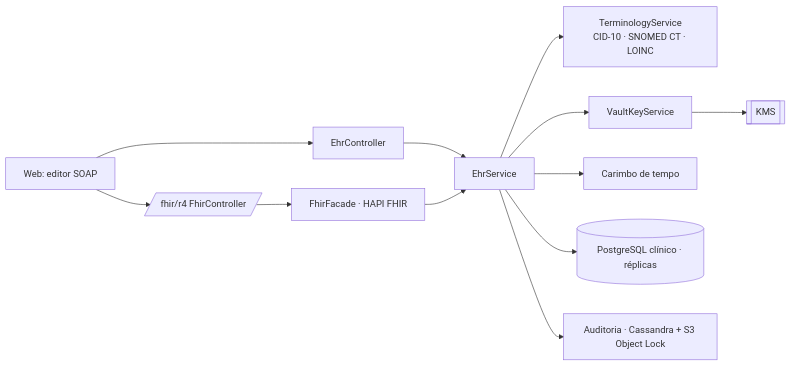
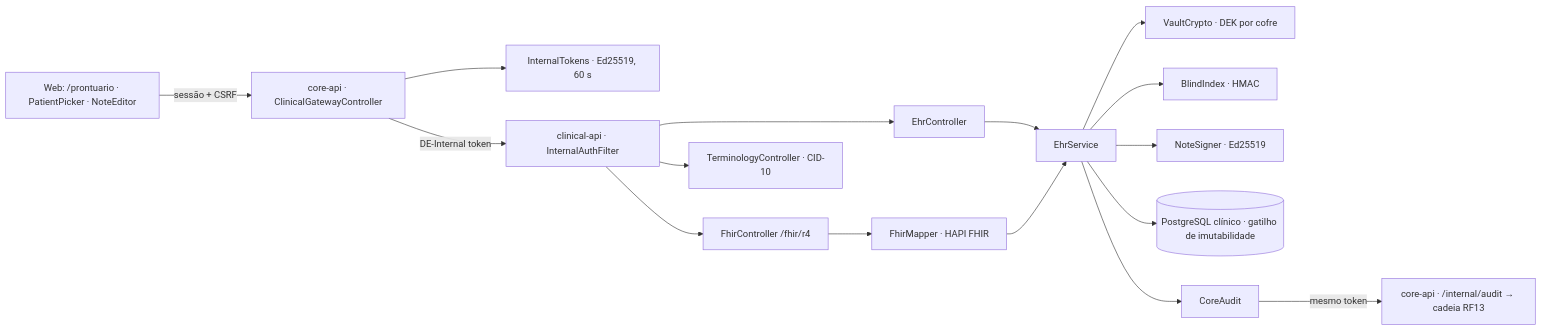
The fourth of 5 diagrams in docs/rf/RF08-prontuario-soap.md (MatheusHaliski/doctor_explorer), drawn with Mermaid before and after one commit. The commit also changed other lines of this file and 79 other files, not shown here.

First line of the commit message:
RF08: clinical-api com cofre clínico, nota SOAP assinada e versionada e fachada FHIR R4

````diff
--- a/docs/rf/RF08-prontuario-soap.md
+++ b/docs/rf/RF08-prontuario-soap.md
@@ -146,13 +163,16 @@
 ```mermaid
 flowchart LR
-    UI[Web: editor SOAP] --> EC[EhrController]
-    UI --> FC[/fhir/r4 FhirController/]
+    UI[Web: /prontuario · PatientPicker · NoteEditor] -- sessão + CSRF --> GW[core-api · ClinicalGatewayController]
+    GW --> TK[InternalTokens · Ed25519, 60 s]
+    GW -- DE-Internal token --> F[clinical-api · InternalAuthFilter]
+    F --> EC[EhrController]
+    F --> FC[FhirController /fhir/r4]
+    F --> TC[TerminologyController · CID-10]
     EC --> ES[EhrService]
-    FC --> FF[FhirFacade · HAPI FHIR]
-    FF --> ES
-    ES --> TS[TerminologyService<br/>CID-10 · SNOMED CT · LOINC]
-    ES --> VK[VaultKeyService] --> KMS[[KMS]]
-    ES --> TSA[Carimbo de tempo]
-    ES --> PGC[(PostgreSQL clínico · réplicas)]
-    ES --> AU[Auditoria · Cassandra + S3 Object Lock]
+    FC --> FM[FhirMapper · HAPI FHIR] --> ES
+    ES --> VC[VaultCrypto · DEK por cofre]
+    ES --> BI[BlindIndex · HMAC]
+    ES --> NS[NoteSigner · Ed25519]
+    ES --> PGC[(PostgreSQL clínico · gatilho de imutabilidade)]
+    ES --> CA[CoreAudit] -- mesmo token --> AU[core-api · /internal/audit → cadeia RF13]
 ```
````
